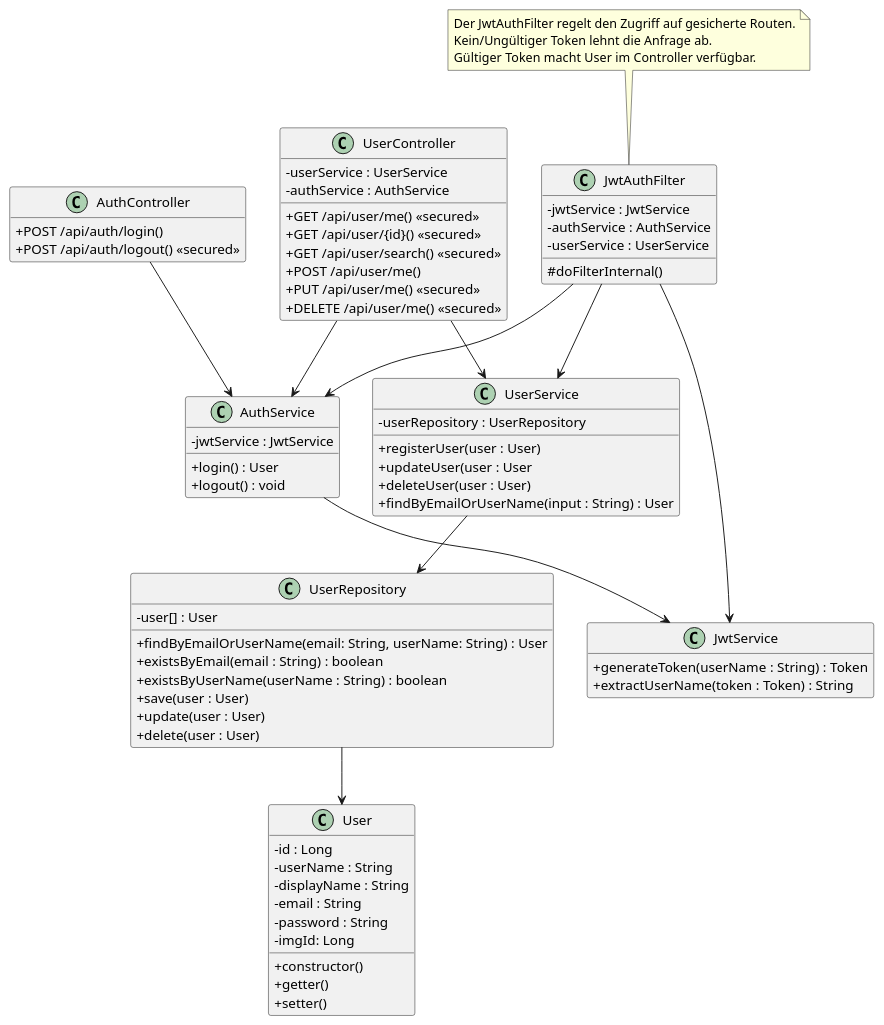
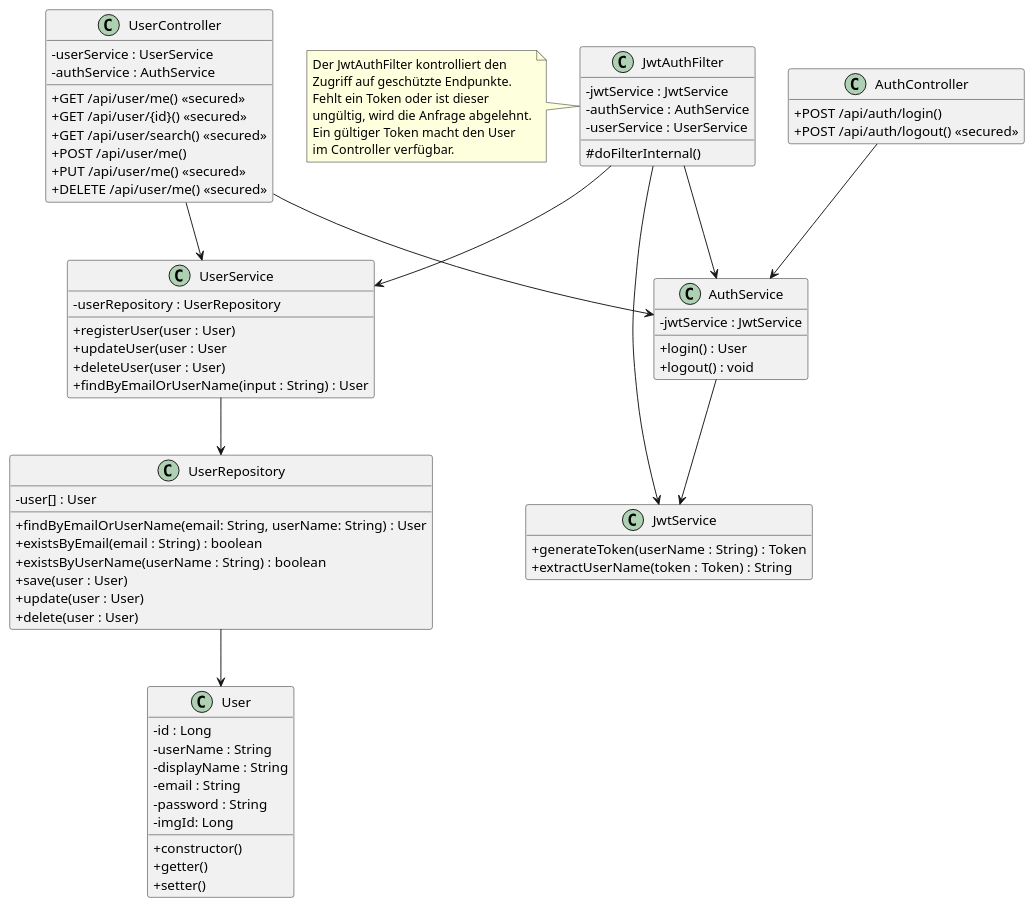
The diagram in uml/class/Class_User.puml (SpaghettiCodeGang/TryLater-Server), drawn with PlantUML before and after one commit. The commit also changed 2 other files, not shown here.

```diff
--- a/uml/class/Class_User.puml
+++ b/uml/class/Class_User.puml
@@ -1,85 +1,88 @@
 @startuml
 skinparam classAttributeIconSize 0
 hide empty members
 
 class User {
     - id : Long
     - userName : String
     - displayName : String
     - email : String
     - password : String
     - imgId: Long
     + constructor()
     + getter()
     + setter()
 }
 
 class UserRepository {
     - user[] : User
     + findByEmailOrUserName(email: String, userName: String) : User
     + existsByEmail(email : String) : boolean
     + existsByUserName(userName : String) : boolean
     + save(user : User)
     + update(user : User)
     + delete(user : User)
 }
 
 class UserService {
     - userRepository : UserRepository
     + registerUser(user : User)
     + updateUser(user : User
     + deleteUser(user : User)
     + findByEmailOrUserName(input : String) : User
 }
 
 class UserController {
     - userService : UserService
     - authService : AuthService
     + GET /api/user/me() <<secured>>
     + GET /api/user/{id}() <<secured>>
     + GET /api/user/search() <<secured>>
     + POST /api/user/me()
     + PUT /api/user/me() <<secured>>
     + DELETE /api/user/me() <<secured>>
 }
 
 class JwtService {
     + generateToken(userName : String) : Token
     + extractUserName(token : Token) : String
 }
 
 class JwtAuthFilter {
     - jwtService : JwtService
     - authService : AuthService
     - userService : UserService
     # doFilterInternal()
 }
 
-note top of JwtAuthFilter
-    Der JwtAuthFilter regelt den Zugriff auf gesicherte Routen.
-    Kein/Ungültiger Token lehnt die Anfrage ab.
-    Gültiger Token macht User im Controller verfügbar.
+note left of JwtAuthFilter
+    Der JwtAuthFilter kontrolliert den
+    Zugriff auf geschützte Endpunkte.
+    Fehlt ein Token oder ist dieser
+    ungültig, wird die Anfrage abgelehnt.
+    Ein gültiger Token macht den User
+    im Controller verfügbar.
 end note
 
 class AuthService {
     - jwtService : JwtService
     + login() : User
     + logout() : void
 }
 
 class AuthController {
     + POST /api/auth/login()
     + POST /api/auth/logout() <<secured>>
 }
 
 UserRepository --> User
 UserService --> UserRepository
 UserController --> AuthService
 UserController --> UserService
 AuthService --> JwtService
 AuthController --> AuthService
 JwtAuthFilter --> UserService
 JwtAuthFilter --> JwtService
 JwtAuthFilter --> AuthService
 
 @enduml
```
